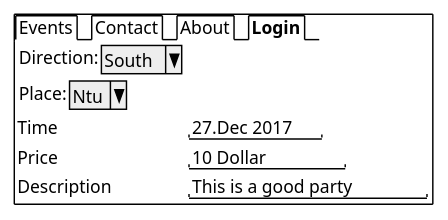
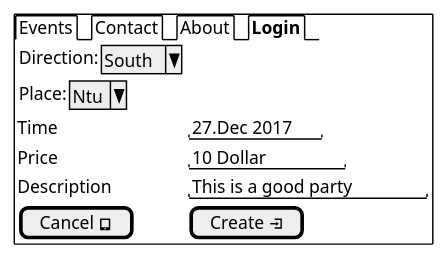
One commit to xiongchenyu6/web_design changed the fifth of 7 diagrams in StoryBoard/story.org. Above: the diagram before and after it, drawn with PlantUML. The commit also changed other lines of this file and 45 other files, not shown here.

```diff
--- a/StoryBoard/story.org
+++ b/StoryBoard/story.org
@@ -46,13 +80,14 @@
 #+BEGIN_SRC plantuml :exports both :file createEvent.png
 salt
 {+
 {/ Events | Contact | About | <b>Login }
 {
 { Direction: | ^South^ }
 { Place: | ^Ntu^ }
 Time    | "27.Dec 2017"
 Price | "10 Dollar    "
 Description | "This is a good party"
+[Cancel <&tablet>] | [Create <&account-login>]
 }
 }
 #+END_SRC
```
